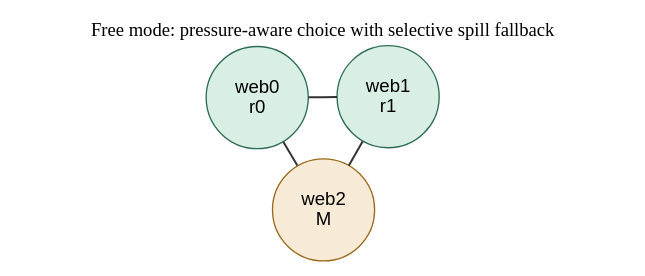
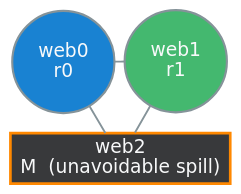
Before and after one commit to AlexDTT/CompilerRegisterAllocationProject: the diagram in dox/example_free.dot, drawn with Graphviz. The commit also changed 88 other files, not shown here.

```diff
--- a/dox/example_free.dot
+++ b/dox/example_free.dot
@@ -1,17 +1,15 @@
 graph free_example {
     layout=neato;
     overlap=false;
-    node [shape=circle, style=filled, fontname="Helvetica"];
-    edge [color="#333333", penwidth=1.5];
+    bgcolor="transparent";
+    node [shape=circle, style=filled, fontname="DejaVu Sans", fontcolor="#f8f9fa", color="#859399", penwidth=1.6];
+    edge [color="#859399", penwidth=1.4];
 
-    web0 [label="web0\nr0", fillcolor="#d9efe4", color="#2f6b56"];
-    web1 [label="web1\nr1", fillcolor="#d9efe4", color="#2f6b56"];
-    web2 [label="web2\nM", fillcolor="#f7ead6", color="#9a6a1d"];
+    web0 [label="web0\nr0", fillcolor="#1982d2"];
+    web1 [label="web1\nr1", fillcolor="#44b86f"];
+    web2 [label="web2\nM  (unavoidable spill)", fillcolor="#38393b", shape=box, color="#ff8800", penwidth=2.0];
 
     web0 -- web1;
     web1 -- web2;
     web2 -- web0;
-
-    label="Free mode: pressure-aware choice with selective spill fallback";
-    labelloc=t;
 }
```
